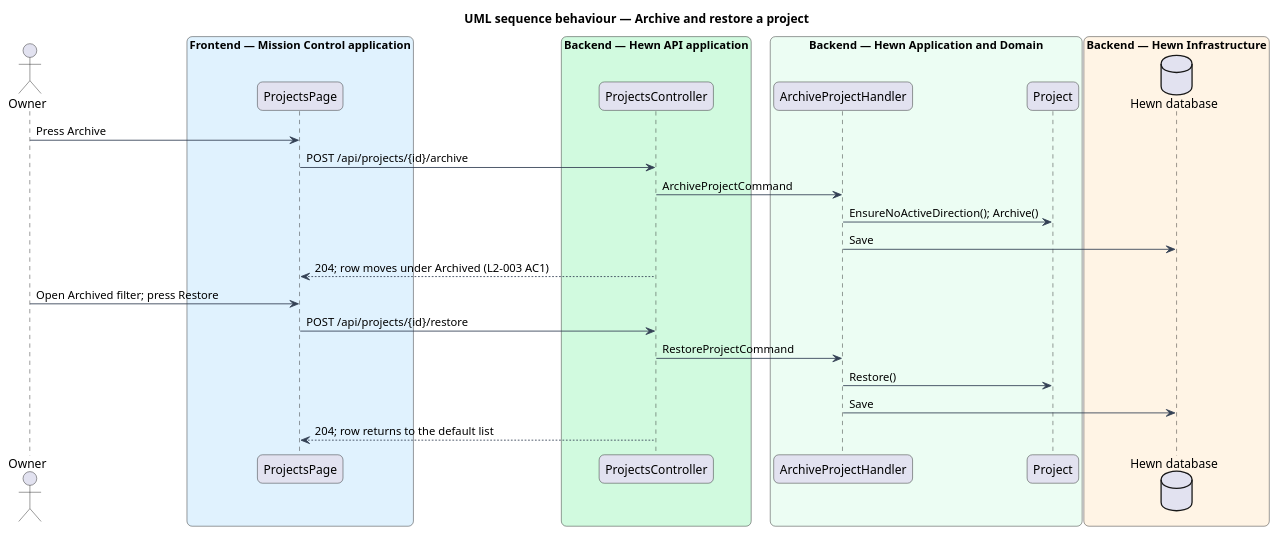
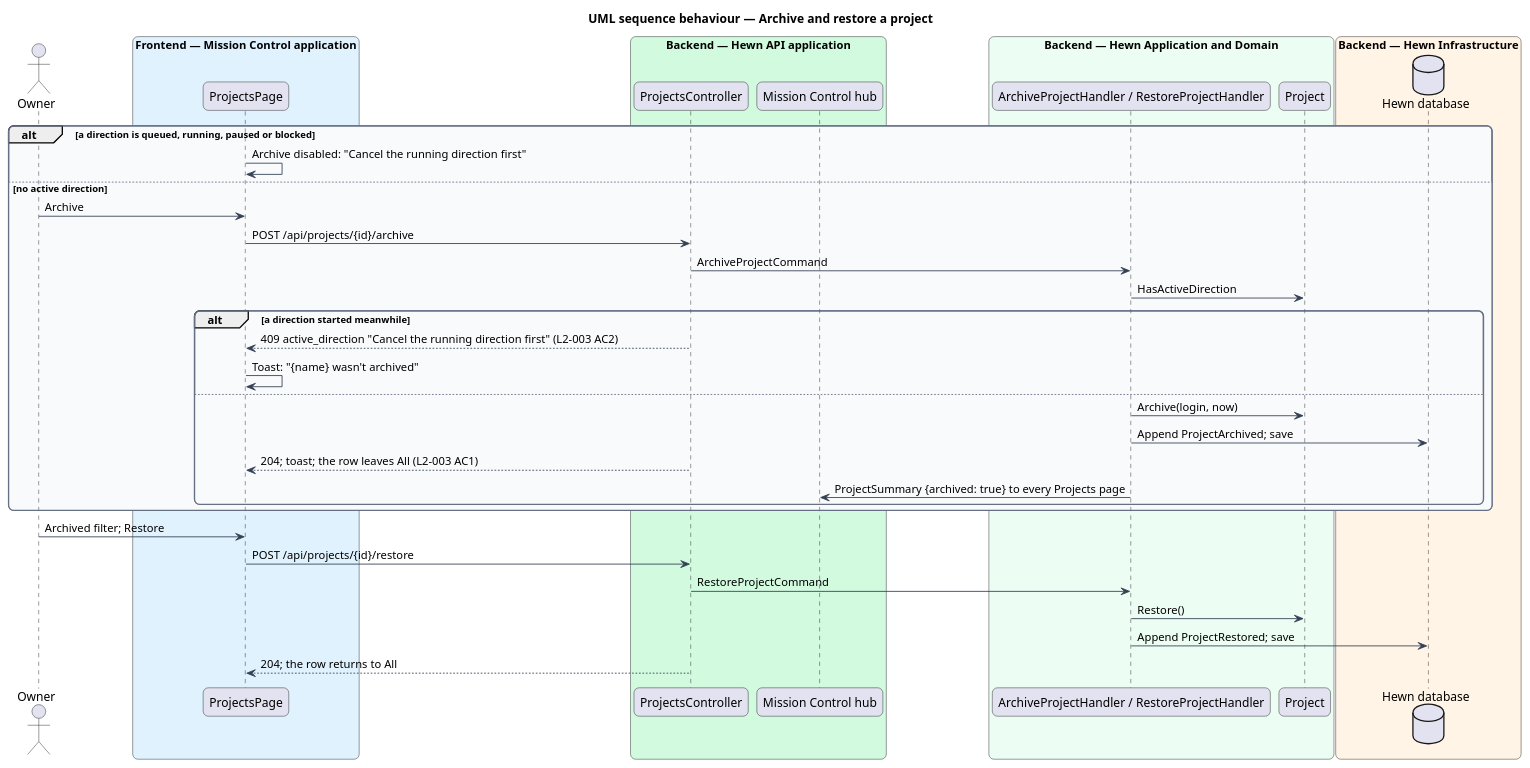
The diagram in docs/detailed-designs/projects/archive-and-delete-project/diagrams/sequence-archive-restore.puml (QuinntyneBrown/hewn), drawn with PlantUML before and after one commit. The commit also changed 57 other files, not shown here.

First line of the commit message:
Archive and restore a project (journey 30, L2-003) (#38)

```diff
--- a/docs/detailed-designs/projects/archive-and-delete-project/diagrams/sequence-archive-restore.puml
+++ b/docs/detailed-designs/projects/archive-and-delete-project/diagrams/sequence-archive-restore.puml
@@ -1,44 +1,56 @@
 @startuml
 title UML sequence behaviour — Archive and restore a project
 skinparam backgroundColor #FFFFFF
 skinparam shadowing false
 skinparam roundcorner 12
 skinparam defaultFontName Arial
 skinparam ArrowColor #344054
 skinparam rectangle {
   BorderColor #344054
   FontColor #101828
 }
 skinparam package {
   BorderColor #667085
   FontColor #101828
   BackgroundColor #F9FAFB
 }
 skinparam sequenceMessageAlign left
 actor "Owner" as owner
 box "Frontend — Mission Control application" #E0F2FE
   participant "ProjectsPage" as page
 end box
 box "Backend — Hewn API application" #D1FADF
   participant "ProjectsController" as ctrl
+  participant "Mission Control hub" as hub
 end box
 box "Backend — Hewn Application and Domain" #ECFDF3
-  participant "ArchiveProjectHandler" as arch
+  participant "ArchiveProjectHandler / RestoreProjectHandler" as arch
   participant "Project" as proj
 end box
 box "Backend — Hewn Infrastructure" #FFF4E5
   database "Hewn database" as db
 end box
-owner -> page : Press Archive
-page -> ctrl : POST /api/projects/{id}/archive
-ctrl -> arch : ArchiveProjectCommand
-arch -> proj : EnsureNoActiveDirection(); Archive()
-arch -> db : Save
-ctrl --> page : 204; row moves under Archived (L2-003 AC1)
-owner -> page : Open Archived filter; press Restore
+alt a direction is queued, running, paused or blocked
+  page -> page : Archive disabled: "Cancel the running direction first"
+else no active direction
+  owner -> page : Archive
+  page -> ctrl : POST /api/projects/{id}/archive
+  ctrl -> arch : ArchiveProjectCommand
+  arch -> proj : HasActiveDirection
+  alt a direction started meanwhile
+    ctrl --> page : 409 active_direction "Cancel the running direction first" (L2-003 AC2)
+    page -> page : Toast: "{name} wasn't archived"
+  else
+    arch -> proj : Archive(login, now)
+    arch -> db : Append ProjectArchived; save
+    ctrl --> page : 204; toast; the row leaves All (L2-003 AC1)
+    arch -> hub : ProjectSummary {archived: true} to every Projects page
+  end
+end
+owner -> page : Archived filter; Restore
 page -> ctrl : POST /api/projects/{id}/restore
 ctrl -> arch : RestoreProjectCommand
 arch -> proj : Restore()
-arch -> db : Save
-ctrl --> page : 204; row returns to the default list
+arch -> db : Append ProjectRestored; save
+ctrl --> page : 204; the row returns to All
 @enduml
```
